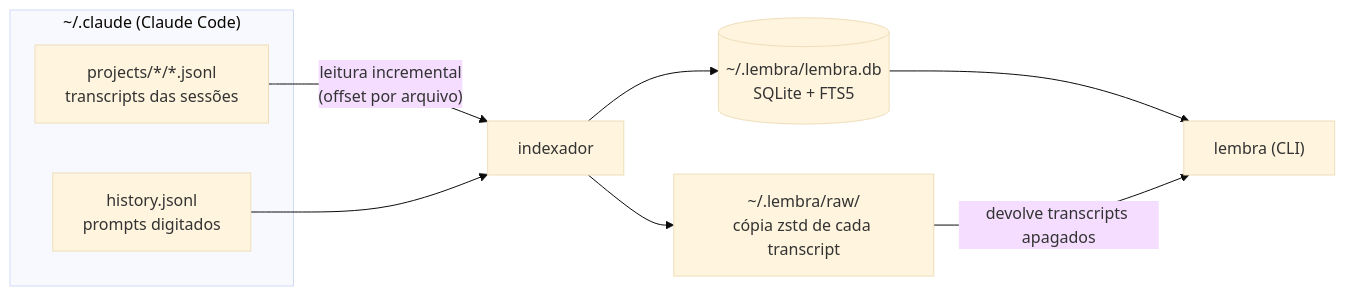
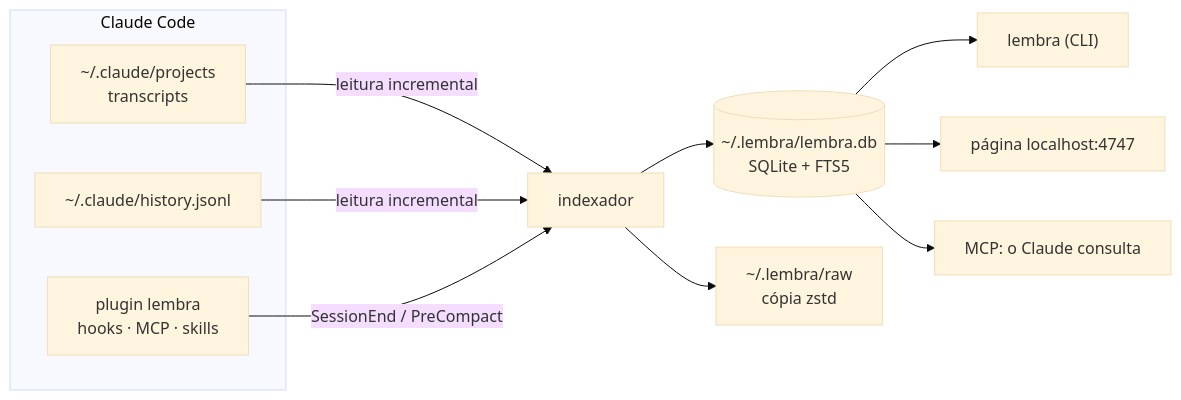
One commit to victorreinor/lembra changed the diagram in README.md. Above: the diagram before and after it, drawn with Mermaid (base theme). The commit also changed other lines of this file and 10 other files, not shown here.

First line of the commit message:
Document v0.3: English README, i18n guide, updated architecture and roadmap

````diff
--- a/README.md
+++ b/README.md
@@ -135,13 +130,15 @@
 ```mermaid
 flowchart LR
-  subgraph claude["~/.claude (Claude Code)"]
-    T["projects/*/*.jsonl<br/>transcripts das sessões"]
-    H["history.jsonl<br/>prompts digitados"]
+  subgraph claude["Claude Code"]
+    T["~/.claude/projects<br/>transcripts"]
+    H["~/.claude/history.jsonl"]
+    P["plugin lembra<br/>hooks · MCP · skills"]
   end
-  T -- "leitura incremental<br/>(offset por arquivo)" --> I["indexador"]
-  H --> I
+  T & H -- "leitura incremental" --> I["indexador"]
+  P -- "SessionEnd / PreCompact" --> I
   I --> DB[("~/.lembra/lembra.db<br/>SQLite + FTS5")]
-  I --> RAW["~/.lembra/raw/<br/>cópia zstd de cada transcript"]
+  I --> RAW["~/.lembra/raw<br/>cópia zstd"]
   DB --> CLI["lembra (CLI)"]
-  RAW -- "devolve transcripts apagados" --> CLI
+  DB --> WEB["página localhost:4747"]
+  DB --> MCP["MCP: o Claude consulta"]
 ```
````
